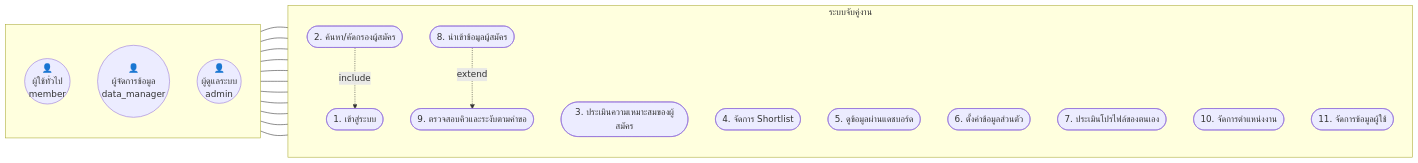
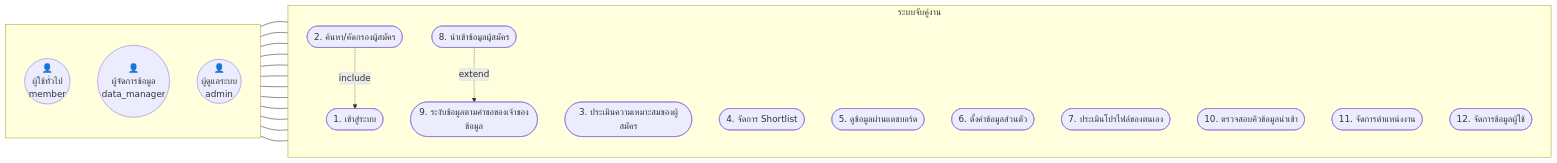
One commit to S-Tantiroj/job-matching-project changed the third of 7 diagrams in docs/thesis/2026-09-09-diagram-guide.md. Above: the diagram before and after it, drawn with Mermaid. The commit also changed other lines of this file and 1 other file, not shown here.

````diff
--- a/docs/thesis/2026-09-09-diagram-guide.md
+++ b/docs/thesis/2026-09-09-diagram-guide.md
@@ -262,41 +277,43 @@
 ```mermaid
 flowchart LR
     subgraph actors[" "]
         direction TB
         M(("👤<br>ผู้ใช้ทั่วไป<br>member"))
         D(("👤<br>ผู้จัดการข้อมูล<br>data_manager"))
         A(("👤<br>ผู้ดูแลระบบ<br>admin"))
     end
 
     subgraph sys["ระบบจับคู่งาน"]
         direction TB
         U1(["1. เข้าสู่ระบบ"])
         U7(["2. ค้นหา/คัดกรองผู้สมัคร"])
         U4(["3. ประเมินความเหมาะสมของผู้สมัคร"])
         U8(["4. จัดการ Shortlist"])
         U10(["5. ดูข้อมูลผ่านแดชบอร์ด"])
         U6(["6. ตั้งค่าข้อมูลส่วนตัว"])
         U11(["7. ประเมินโปรไฟล์ของตนเอง"])
         U3(["8. นำเข้าข้อมูลผู้สมัคร"])
-        U12(["9. ตรวจสอบคิวและระงับตามคำขอ"])
-        U13(["10. จัดการตำแหน่งงาน"])
-        U2(["11. จัดการข้อมูลผู้ใช้"])
+        U12(["9. ระงับข้อมูลตามคำขอของเจ้าของข้อมูล"])
+        U14(["10. ตรวจสอบคิวข้อมูลนำเข้า"])
+        U13(["11. จัดการตำแหน่งงาน"])
+        U2(["12. จัดการข้อมูลผู้ใช้"])
     end
 
     M --- U1
     M --- U7
     M --- U4
     M --- U8
     M --- U10
     M --- U6
     M --- U11
 
     D --- U3
     D --- U12
+    D --- U14
     D --- U13
 
     A --- U2
 
     U3 -.->|extend| U12
     U7 -.->|include| U1
 ```
````
